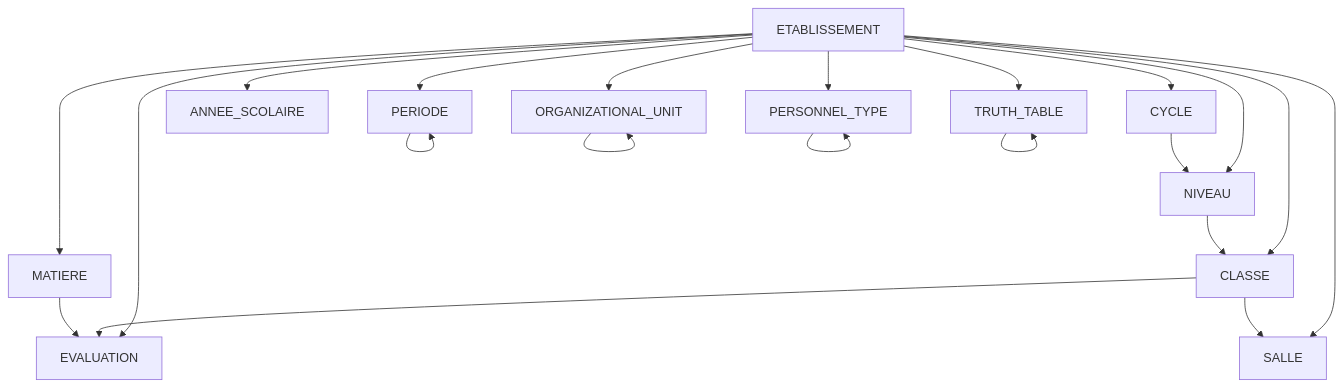
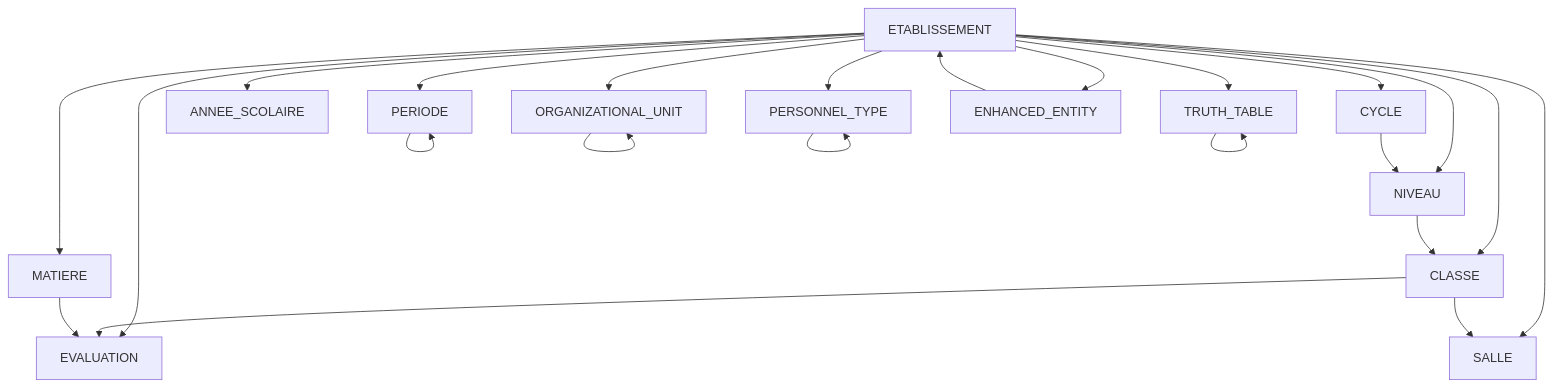
Before and after one commit to franckylab/eLISAschool: the third of 4 diagrams in .qoder/repowiki/en/content/Database Schema Design/Database Schema Design.md, drawn with Mermaid. The commit also changed other lines of this file and 97 other files, not shown here.

````diff
--- a/.qoder/repowiki/en/content/Database Schema Design/Database Schema Design.md
+++ b/.qoder/repowiki/en/content/Database Schema Design/Database Schema Design.md
@@ -455,23 +501,25 @@
 ```mermaid
 graph TB
 ETAB["ETABLISSEMENT"] --> CYC["CYCLE"]
 ETAB --> NIV["NIVEAU"]
 ETAB --> CLA["CLASSE"]
 ETAB --> MAT["MATIERE"]
 ETAB --> EVA["EVALUATION"]
 ETAB --> PER["PERIODE"]
 ETAB --> ANN["ANNEE_SCOLAIRE"]
 ETAB --> SAL["SALLE"]
 ETAB --> PTYPE["PERSONNEL_TYPE"]
 ETAB --> OUNIT["ORGANIZATIONAL_UNIT"]
 ETAB --> TRUTH["TRUTH_TABLE"]
+ETAB --> ENH["ENHANCED_ENTITY"]
 CYC --> NIV
 NIV --> CLA
 CLA --> EVA
 MAT --> EVA
 PER --> PER
 CLA --> SAL
 OUNIT --> OUNIT
 PTYPE --> PTYPE
 TRUTH --> TRUTH
+ENH --> ETAB
 ```
````
